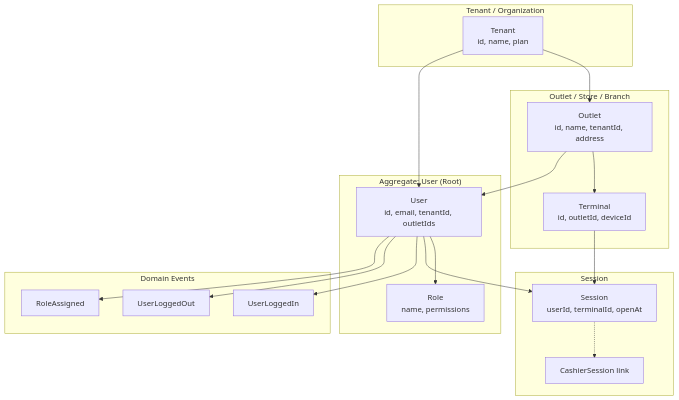
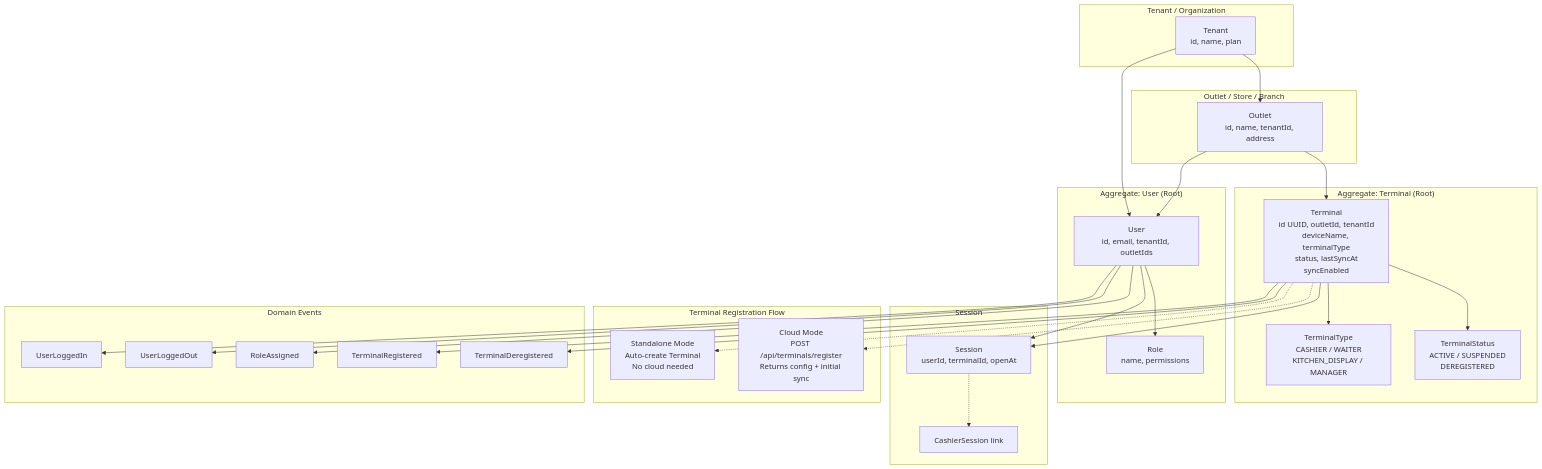
The diagram in docs/diagrams/05-identity-access-context.mmd (vatoer/id.stargan.intikasirfnb), drawn with Mermaid before and after one commit. The commit also changed 199 other files, not shown here.

```diff
--- a/docs/diagrams/05-identity-access-context.mmd
+++ b/docs/diagrams/05-identity-access-context.mmd
@@ -1,41 +1,61 @@
-%% Identity & Access Bounded Context - Multi-tenant, RBAC
+%% Identity & Access Bounded Context - Multi-tenant, RBAC, Terminal/Device
 
 flowchart TB
     subgraph TenantScope["Tenant / Organization"]
         T[Tenant<br/>id, name, plan]
     end
 
     subgraph OutletScope["Outlet / Store / Branch"]
         O[Outlet<br/>id, name, tenantId, address]
-        Term[Terminal<br/>id, outletId, deviceId]
-        O --> Term
     end
 
     T --> O
+
+    subgraph TerminalAggregate["Aggregate: Terminal (Root)"]
+        Term[Terminal<br/>id UUID, outletId, tenantId<br/>deviceName, terminalType<br/>status, lastSyncAt<br/>syncEnabled]
+        TType[TerminalType<br/>CASHIER / WAITER<br/>KITCHEN_DISPLAY / MANAGER]
+        TStatus[TerminalStatus<br/>ACTIVE / SUSPENDED<br/>DEREGISTERED]
+        Term --> TType
+        Term --> TStatus
+    end
+
+    O --> Term
 
     subgraph UserAggregate["Aggregate: User (Root)"]
         U[User<br/>id, email, tenantId, outletIds]
         R[Role<br/>name, permissions]
         U --> R
     end
 
     subgraph Session["Session"]
         Sess[Session<br/>userId, terminalId, openAt]
         CashSess[CashierSession link]
         Sess -.-> CashSess
     end
 
     T --> U
     O --> U
     U --> Sess
     Term --> Sess
 
+    subgraph Registration["Terminal Registration Flow"]
+        Standalone[Standalone Mode<br/>Auto-create Terminal<br/>No cloud needed]
+        Cloud[Cloud Mode<br/>POST /api/terminals/register<br/>Returns config + initial sync]
+    end
+
+    Term -.-> Standalone
+    Term -.-> Cloud
+
     subgraph Events["Domain Events"]
         E1[UserLoggedIn]
         E2[UserLoggedOut]
         E3[RoleAssigned]
+        E4[TerminalRegistered]
+        E5[TerminalDeregistered]
     end
 
     U --> E1
     U --> E2
     U --> E3
+    Term --> E4
+    Term --> E5
```
